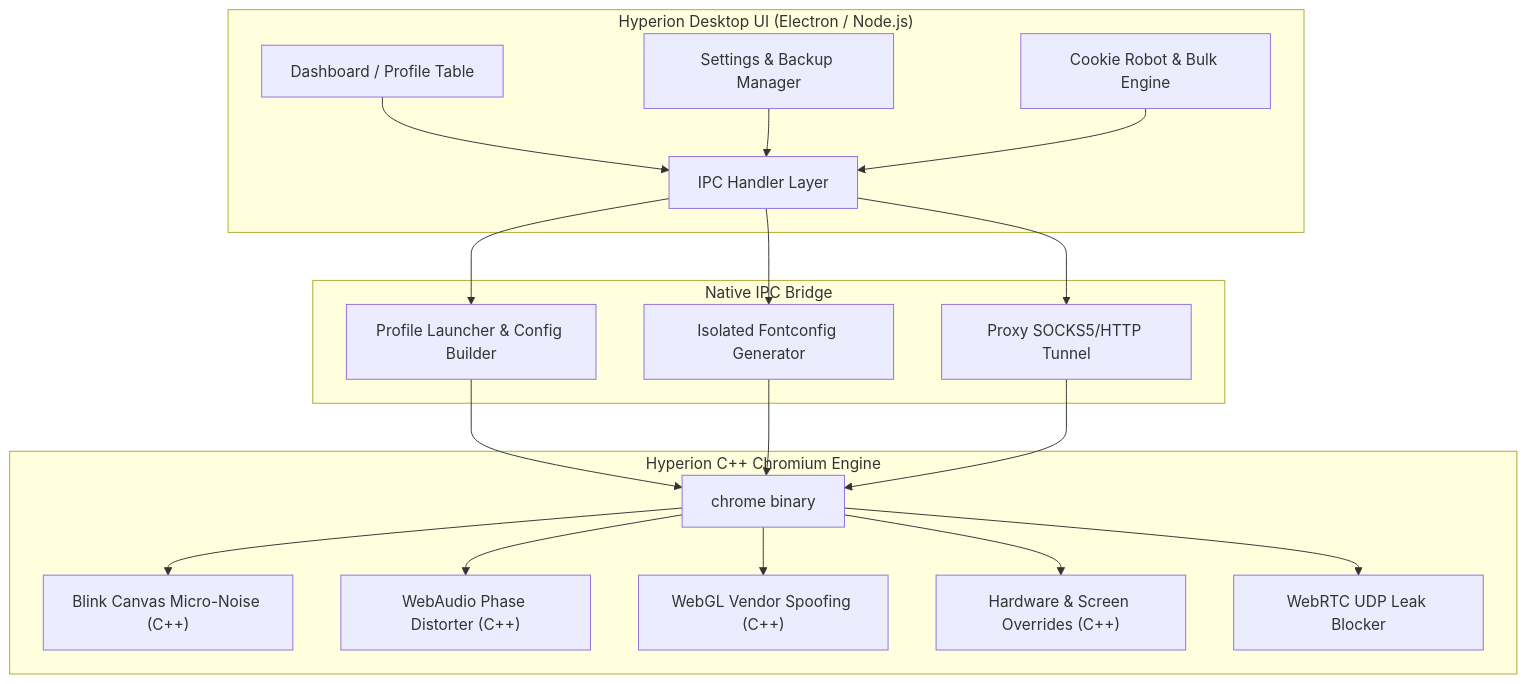
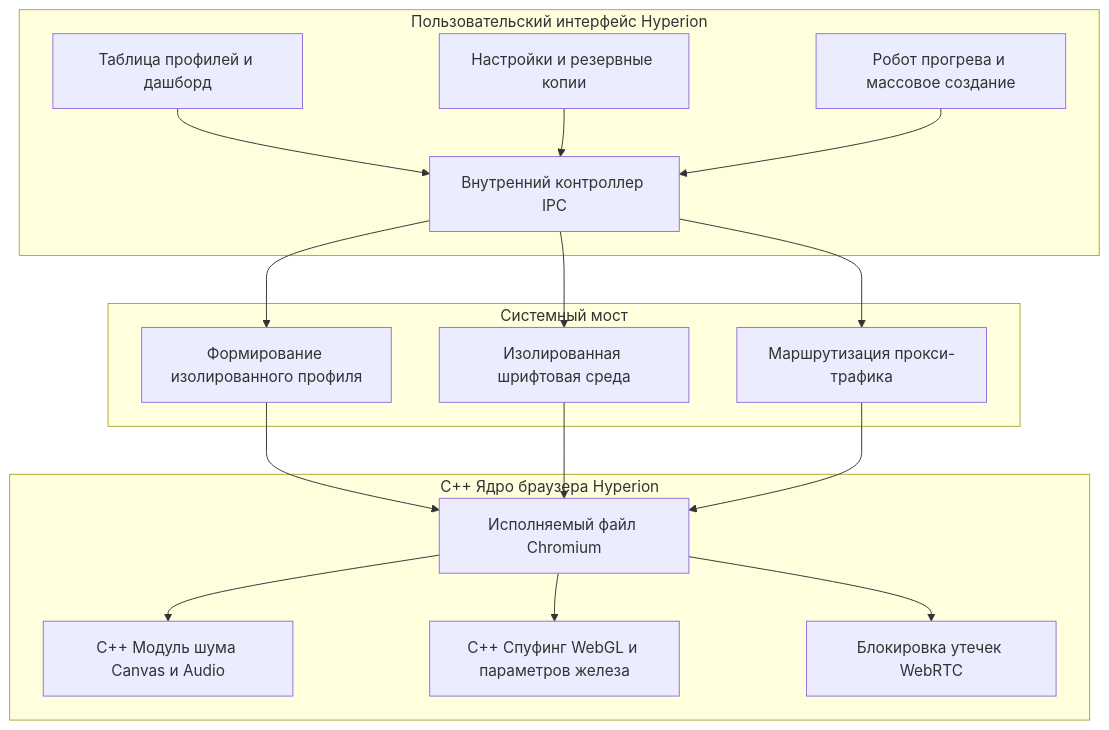
Before and after one commit to Linchevatel/hyperion-browser: the diagram in README.md, drawn with Mermaid. The commit also changed other lines of this file, not shown here.

Commit message:
docs: Rewrite README with human-friendly presentation, jpg banner, and clean architecture overview

````diff
--- a/README.md
+++ b/README.md
@@ -63,25 +65,23 @@
 ```mermaid
 flowchart TD
-    subgraph UI ["Hyperion Desktop UI (Electron / Node.js)"]
-        A[Dashboard / Profile Table] --> B[IPC Handler Layer]
-        C[Settings & Backup Manager] --> B
-        D[Cookie Robot & Bulk Engine] --> B
+    subgraph UI ["Пользовательский интерфейс Hyperion"]
+        A[Таблица профилей и дашборд] --> B[Внутренний контроллер IPC]
+        C[Настройки и резервные копии] --> B
+        D[Робот прогрева и массовое создание] --> B
     end
 
-    subgraph Bridge ["Native IPC Bridge"]
-        B --> E[Profile Launcher & Config Builder]
-        B --> F[Proxy SOCKS5/HTTP Tunnel]
-        B --> G[Isolated Fontconfig Generator]
+    subgraph CoreBridge ["Системный мост"]
+        B --> E[Формирование изолированного профиля]
+        B --> F[Маршрутизация прокси-трафика]
+        B --> G[Изолированная шрифтовая среда]
     end
 
-    subgraph Core ["Hyperion C++ Chromium Engine"]
-        E --> H[chrome binary]
+    subgraph BrowserEngine ["C++ Ядро браузера Hyperion"]
+        E --> H[Исполняемый файл Chromium]
         G --> H
         F --> H
-        H --> I["Blink Canvas Micro-Noise (C++)"]
-        H --> J["WebAudio Phase Distorter (C++)"]
-        H --> K["WebGL Vendor Spoofing (C++)"]
-        H --> L["Hardware & Screen Overrides (C++)"]
-        H --> M["WebRTC UDP Leak Blocker"]
+        H --> I["C++ Модуль шума Canvas и Audio"]
+        H --> J["C++ Спуфинг WebGL и параметров железа"]
+        H --> K["Блокировка утечек WebRTC"]
     end
 ```
````
